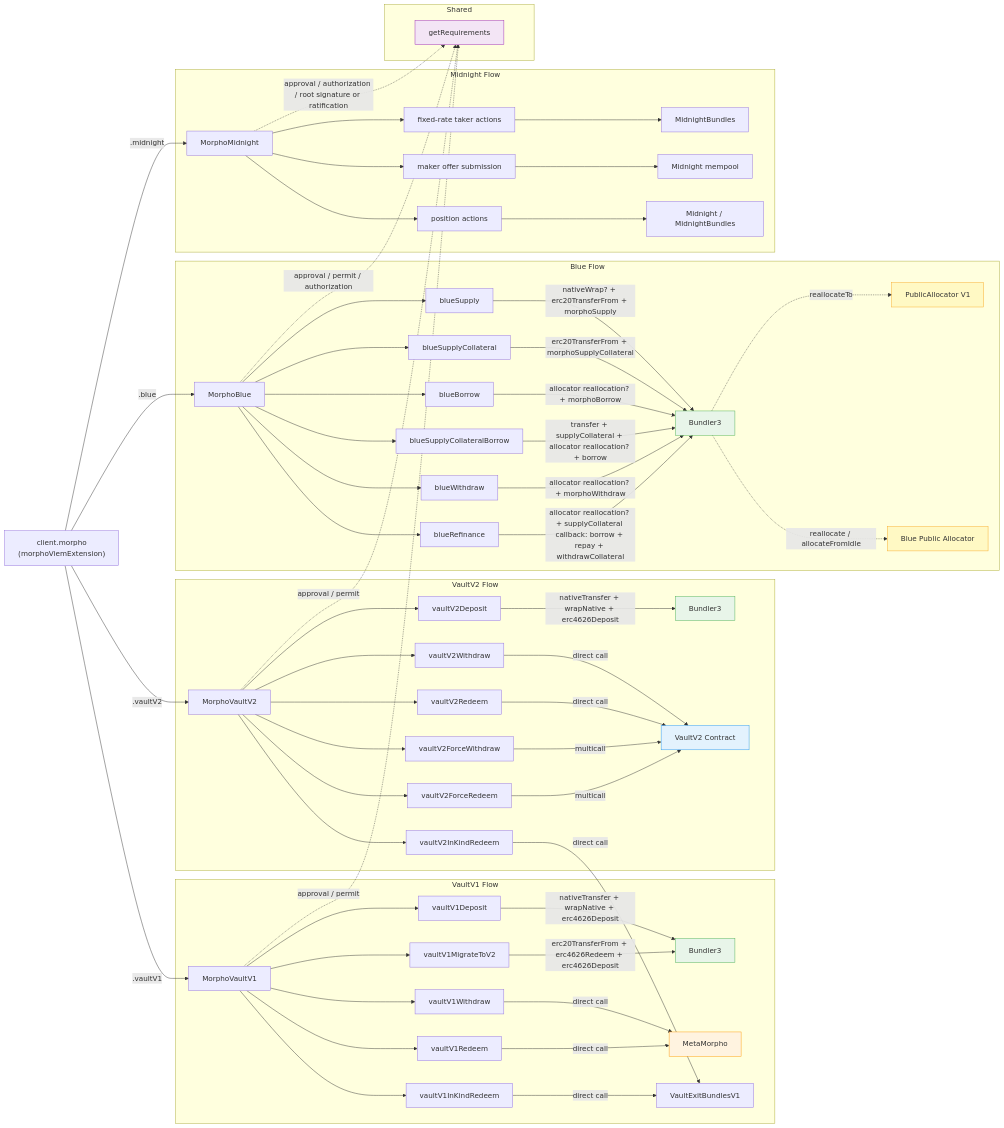
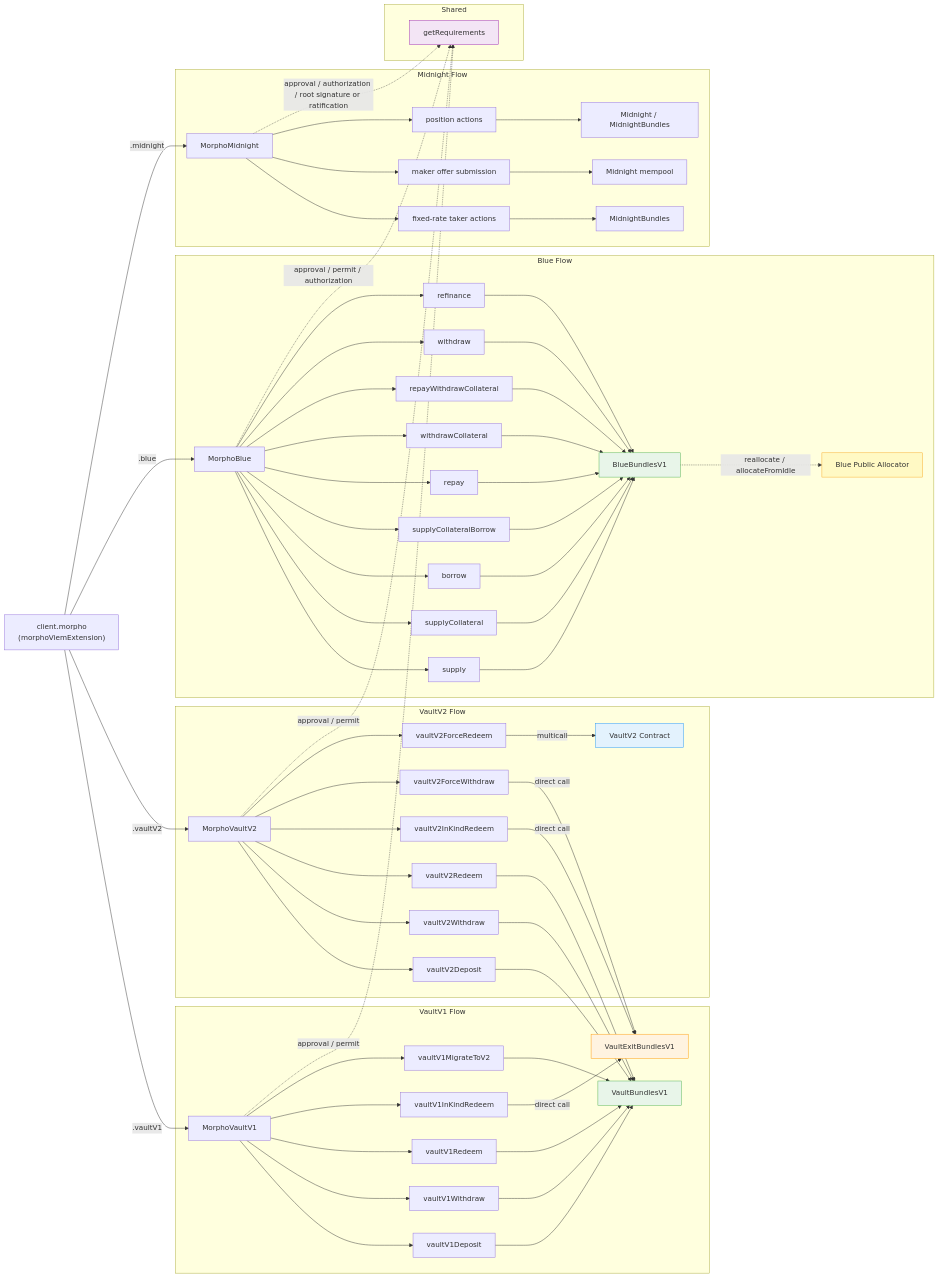
Before and after one commit to morpho-org/sdks: the diagram in packages/morpho-sdk/README.md, drawn with Mermaid. The commit also changed other lines of this file and 392 other files, not shown here.

````diff
--- a/packages/morpho-sdk/README.md
+++ b/packages/morpho-sdk/README.md
@@ -211,11 +269,11 @@
         MV1 --> V1IKR[vaultV1InKindRedeem]
         MV1 --> V1M[vaultV1MigrateToV2]
 
-        V1D -->|nativeTransfer + wrapNative + erc4626Deposit| B1[Bundler3]
-        V1W -->|direct call| MM[MetaMorpho]
-        V1R -->|direct call| MM
+        V1D --> VBV1[VaultBundlesV1]
+        V1W --> VBV1
+        V1R --> VBV1
+        V1M --> VBV1
         V1IKR -->|direct call| VEB[VaultExitBundlesV1]
-        V1M -->|erc20TransferFrom + erc4626Redeem + erc4626Deposit| B1
     end
 
     subgraph VaultV2 Flow
@@ -227,32 +285,37 @@
         MV2 --> V2FW[vaultV2ForceWithdraw]
         MV2 --> V2FR[vaultV2ForceRedeem]
 
-        V2D -->|nativeTransfer + wrapNative + erc4626Deposit| B2[Bundler3]
-        V2W -->|direct call| V2C[VaultV2 Contract]
-        V2R -->|direct call| V2C
+        V2D --> VBV1
+        V2W --> VBV1
+        V2R --> VBV1
         V2IKR -->|direct call| VEB
-        V2FW -->|multicall| V2C
-        V2FR -->|multicall| V2C
+        V2FW -->|direct call| VEB
+        V2FR -->|multicall| V2C[VaultV2 Contract]
     end
 
     subgraph Blue Flow
         MM1[MorphoBlue]
-        MM1 --> M1S[blueSupply]
-        MM1 --> M1SC[blueSupplyCollateral]
-        MM1 --> M1B[blueBorrow]
-        MM1 --> M1SCB[blueSupplyCollateralBorrow]
-        MM1 --> M1W[blueWithdraw]
-        MM1 --> M1RF[blueRefinance]
+        MM1 --> M1S[supply]
+        MM1 --> M1SC[supplyCollateral]
+        MM1 --> M1B[borrow]
+        MM1 --> M1SCB[supplyCollateralBorrow]
+        MM1 --> M1R[repay]
+        MM1 --> M1WC[withdrawCollateral]
+        MM1 --> M1RW[repayWithdrawCollateral]
+        MM1 --> M1W[withdraw]
+        MM1 --> M1M[refinance]
 
-        M1S -->|nativeWrap? + erc20TransferFrom + morphoSupply| B3[Bundler3]
-        M1SC -->|erc20TransferFrom + morphoSupplyCollateral| B3
-        M1B -->|allocator reallocation? + morphoBorrow| B3
-        M1SCB -->|transfer + supplyCollateral + allocator reallocation? + borrow| B3
-        M1W -->|allocator reallocation? + morphoWithdraw| B3
-        M1RF -->|allocator reallocation? + supplyCollateral callback: borrow + repay + withdrawCollateral| B3
+        M1S --> BBV1[BlueBundlesV1]
+        M1SC --> BBV1
+        M1B --> BBV1
+        M1SCB --> BBV1
+        M1R --> BBV1
+        M1WC --> BBV1
+        M1RW --> BBV1
+        M1W --> BBV1
+        M1M --> BBV1
 
-        B3 -.->|reallocateTo| PA1[PublicAllocator V1]
-        B3 -.->|reallocate / allocateFromIdle| BPA[Blue Public Allocator]
+        BBV1 -.->|reallocate / allocateFromIdle| BPA[Blue Public Allocator]
     end
 
     subgraph Midnight Flow
@@ -275,12 +338,10 @@
     MM1 -.->|approval / permit / authorization| REQ
     MN1 -.->|approval / authorization / root signature or ratification| REQ
 
-    style B1 fill:#e8f5e9,stroke:#4caf50
-    style B2 fill:#e8f5e9,stroke:#4caf50
-    style B3 fill:#e8f5e9,stroke:#4caf50
-    style MM fill:#fff3e0,stroke:#ff9800
+    style VBV1 fill:#e8f5e9,stroke:#4caf50
+    style BBV1 fill:#e8f5e9,stroke:#4caf50
+    style VEB fill:#fff3e0,stroke:#ff9800
     style V2C fill:#e3f2fd,stroke:#2196f3
     style REQ fill:#f3e5f5,stroke:#9c27b0
-    style PA1 fill:#fff9c4,stroke:#f9a825
     style BPA fill:#fff9c4,stroke:#f9a825
 ```
````
